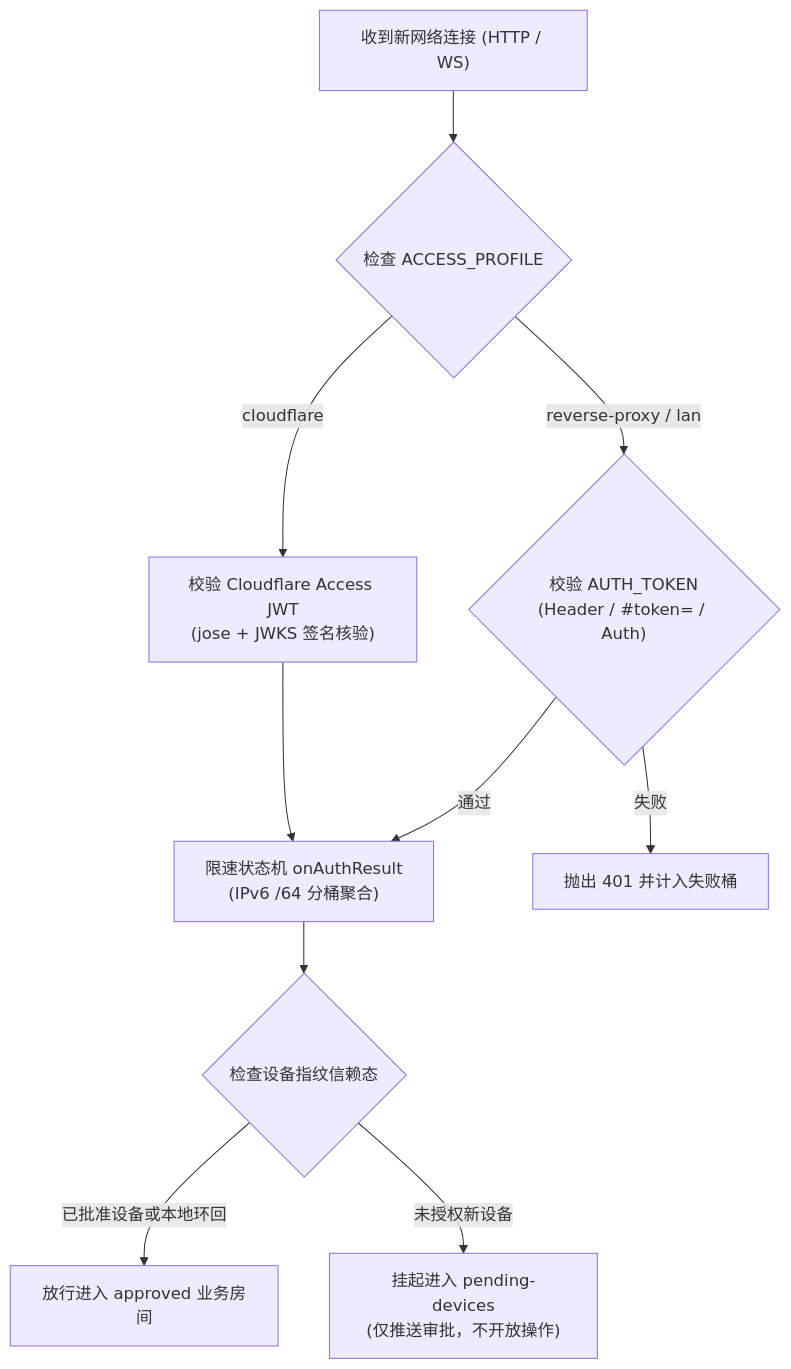
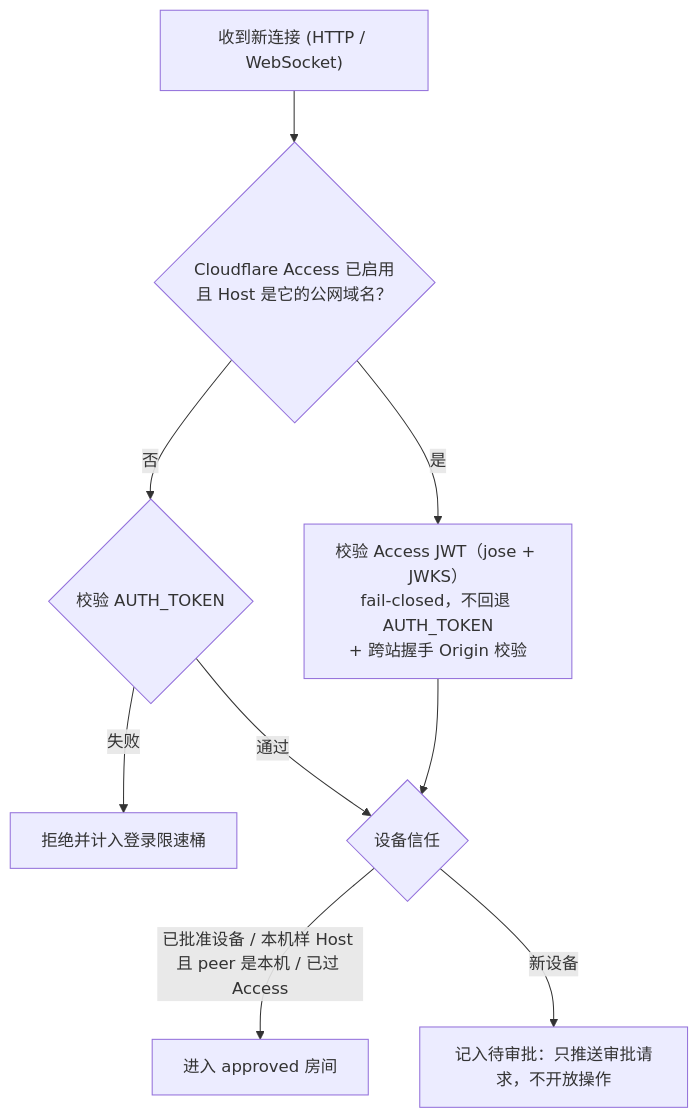
The diagram in docs-site/pages/auth-device.md (Ike-li/claude-chat-mobile), drawn with Mermaid before and after one commit. The commit also changed other lines of this file and 88 other files, not shown here.

````diff
--- a/docs-site/pages/auth-device.md
+++ b/docs-site/pages/auth-device.md
@@ -21,12 +24,11 @@
 ```mermaid
 flowchart TD
-  Conn["收到新网络连接 (HTTP / WS)"] --> Topo{"检查 ACCESS_PROFILE"}
-  Topo -->|cloudflare| JWT["校验 Cloudflare Access JWT\n(jose + JWKS 签名核验)"]
-  Topo -->|reverse-proxy / lan| Tok{"校验 AUTH_TOKEN\n(Header / #token= / Auth)"}
-  JWT --> RL["限速状态机 onAuthResult\n(IPv6 /64 分桶聚合)"]
-  Tok -->|通过| RL
-  Tok -->|失败| Reject["抛出 401 并计入失败桶"]
-  RL --> Dev{"检查设备指纹信赖态"}
-  Dev -->|已批准设备或本地环回| Allow["放行进入 approved 业务房间"]
-  Dev -->|未授权新设备| TOFU["挂起进入 pending-devices\n(仅推送审批，不开放操作)"]
+  Conn["收到新连接 (HTTP / WebSocket)"] --> Host{"Cloudflare Access 已启用<br>且 Host 是它的公网域名？"}
+  Host -->|"是"| JWT["校验 Access JWT（jose + JWKS）<br>fail-closed，不回退 AUTH_TOKEN<br>+ 跨站握手 Origin 校验"]
+  Host -->|"否"| Tok{"校验 AUTH_TOKEN"}
+  Tok -->|"失败"| Reject["拒绝并计入登录限速桶"]
+  Tok -->|"通过"| Dev{"设备信任"}
+  JWT --> Dev
+  Dev -->|"已批准设备 / 本机样 Host 且 peer 是本机 / 已过 Access"| Allow["进入 approved 房间"]
+  Dev -->|"新设备"| TOFU["记入待审批：只推送审批请求，不开放操作"]
 ```
````
